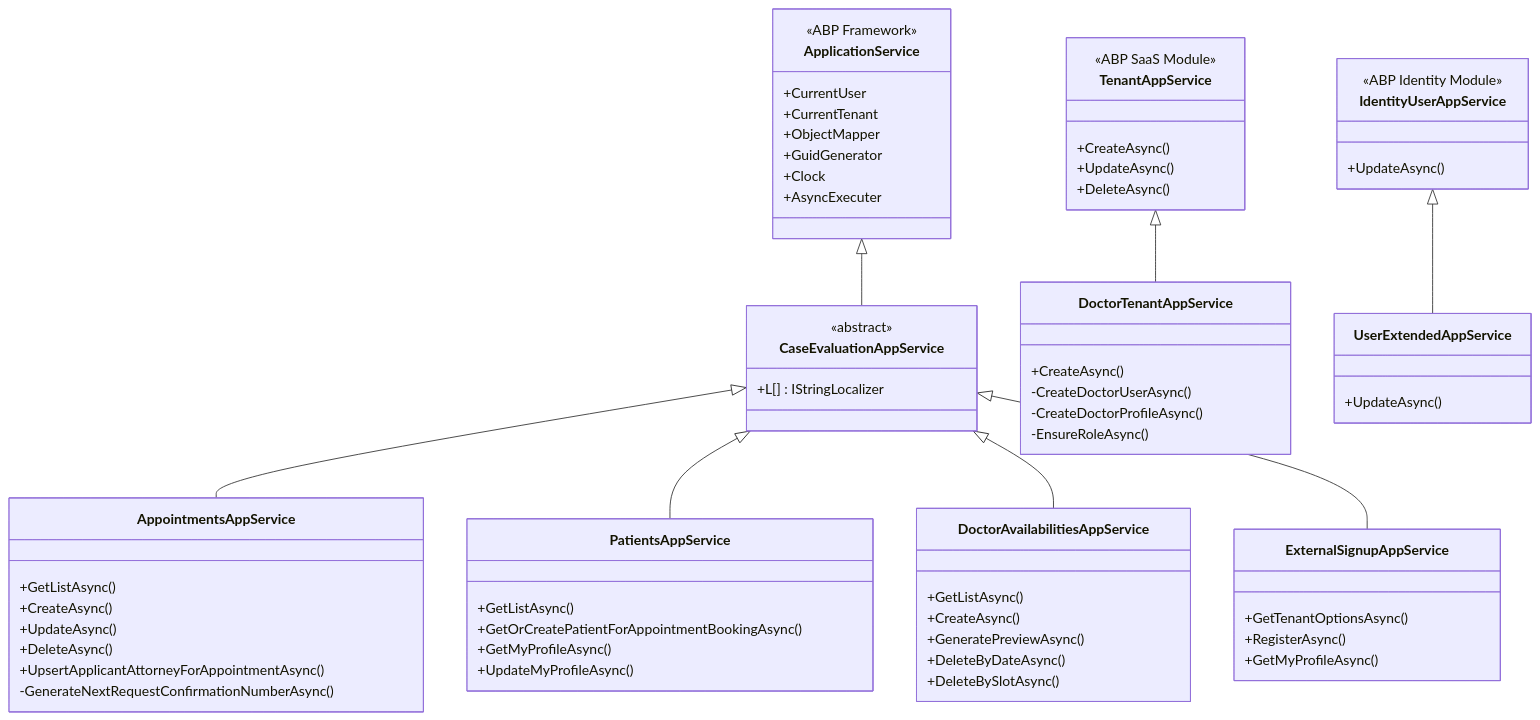
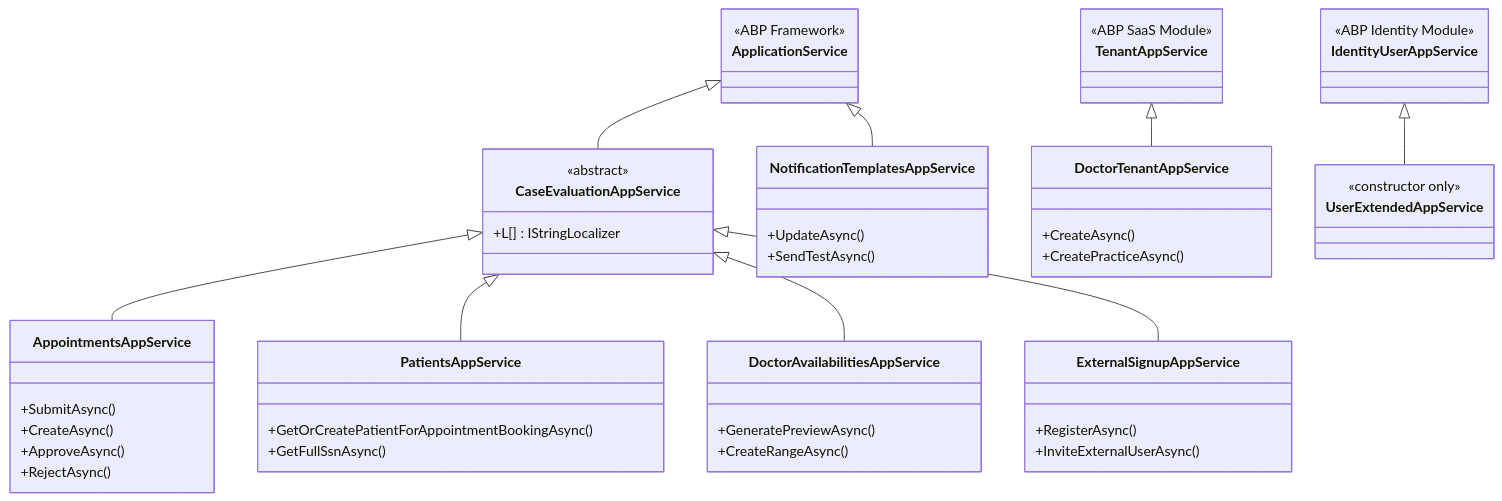
The third of 3 diagrams in docs/backend/APPLICATION-SERVICES.md (gesco-healthcare-support/hcs-patient-portal), drawn with Mermaid before and after one commit. The commit also changed other lines of this file, not shown here.

First line of the commit message:
docs(backend): correct the application services reference

````diff
--- a/docs/backend/APPLICATION-SERVICES.md
+++ b/docs/backend/APPLICATION-SERVICES.md
@@ -504,78 +675,54 @@
 ```mermaid
 classDiagram
     class ApplicationService {
         <<ABP Framework>>
-        +CurrentUser
-        +CurrentTenant
-        +ObjectMapper
-        +GuidGenerator
-        +Clock
-        +AsyncExecuter
     }
-
     class CaseEvaluationAppService {
         <<abstract>>
         +L[] : IStringLocalizer
     }
-
     class AppointmentsAppService {
-        +GetListAsync()
+        +SubmitAsync()
         +CreateAsync()
+        +ApproveAsync()
+        +RejectAsync()
+    }
+    class PatientsAppService {
+        +GetOrCreatePatientForAppointmentBookingAsync()
+        +GetFullSsnAsync()
+    }
+    class DoctorAvailabilitiesAppService {
+        +GeneratePreviewAsync()
+        +CreateRangeAsync()
+    }
+    class ExternalSignupAppService {
+        +RegisterAsync()
+        +InviteExternalUserAsync()
+    }
+    class NotificationTemplatesAppService {
         +UpdateAsync()
-        +DeleteAsync()
-        +UpsertApplicantAttorneyForAppointmentAsync()
-        -GenerateNextRequestConfirmationNumberAsync()
+        +SendTestAsync()
     }
-
-    class PatientsAppService {
-        +GetListAsync()
-        +GetOrCreatePatientForAppointmentBookingAsync()
-        +GetMyProfileAsync()
-        +UpdateMyProfileAsync()
-    }
-
-    class DoctorAvailabilitiesAppService {
-        +GetListAsync()
-        +CreateAsync()
-        +GeneratePreviewAsync()
-        +DeleteByDateAsync()
-        +DeleteBySlotAsync()
-    }
-
-    class ExternalSignupAppService {
-        +GetTenantOptionsAsync()
-        +RegisterAsync()
-        +GetMyProfileAsync()
-    }
-
     class TenantAppService {
         <<ABP SaaS Module>>
-        +CreateAsync()
-        +UpdateAsync()
-        +DeleteAsync()
     }
-
     class DoctorTenantAppService {
         +CreateAsync()
-        -CreateDoctorUserAsync()
-        -CreateDoctorProfileAsync()
-        -EnsureRoleAsync()
+        +CreatePracticeAsync()
     }
-
     class IdentityUserAppService {
         <<ABP Identity Module>>
-        +UpdateAsync()
     }
-
     class UserExtendedAppService {
-        +UpdateAsync()
+        <<constructor only>>
     }
 
     ApplicationService <|-- CaseEvaluationAppService
+    ApplicationService <|-- NotificationTemplatesAppService
     CaseEvaluationAppService <|-- AppointmentsAppService
     CaseEvaluationAppService <|-- PatientsAppService
     CaseEvaluationAppService <|-- DoctorAvailabilitiesAppService
     CaseEvaluationAppService <|-- ExternalSignupAppService
     TenantAppService <|-- DoctorTenantAppService
     IdentityUserAppService <|-- UserExtendedAppService
 ```
````
